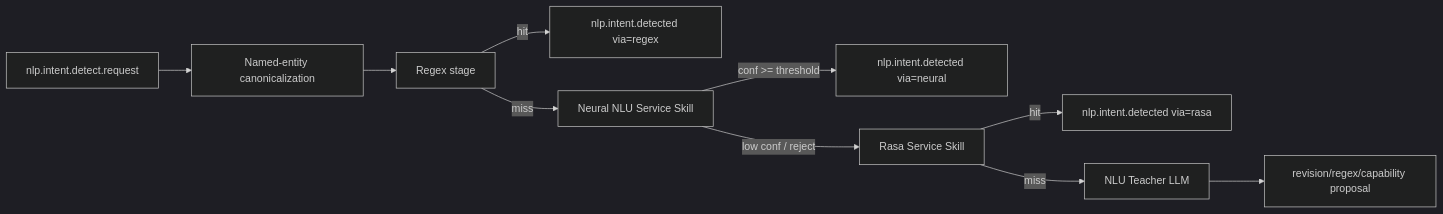
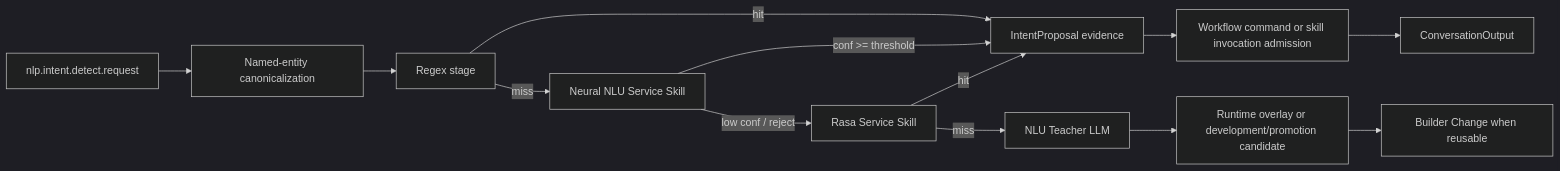
Before and after one commit to inimatic/adaos: the diagram in docs/concepts/nlu-target-architecture.md, drawn with Mermaid (dark theme). The commit also changed other lines of this file and 14 other files, not shown here.

````diff
--- a/docs/concepts/nlu-target-architecture.md
+++ b/docs/concepts/nlu-target-architecture.md
@@ -18,12 +23,15 @@
 ```mermaid
 flowchart LR
   A[nlp.intent.detect.request] --> N[Named-entity canonicalization]
   N --> B[Regex stage]
-  B -->|hit| O[nlp.intent.detected via=regex]
+  B -->|hit| O[IntentProposal evidence]
   B -->|miss| C[Neural NLU Service Skill]
-  C -->|conf >= threshold| O2[nlp.intent.detected via=neural]
+  C -->|conf >= threshold| O
   C -->|low conf / reject| D[Rasa Service Skill]
-  D -->|hit| O3[nlp.intent.detected via=rasa]
+  D -->|hit| O
   D -->|miss| E[NLU Teacher LLM]
-  E --> F[revision/regex/capability proposal]
+  E --> F[Runtime overlay or development/promotion candidate]
+  O --> G[Workflow command or skill invocation admission]
+  G --> H[ConversationOutput]
+  F --> I[Builder Change when reusable]
 ```
````
